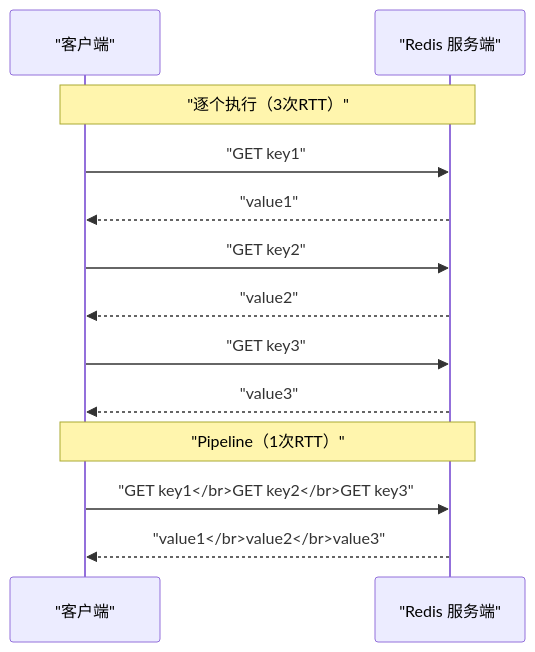
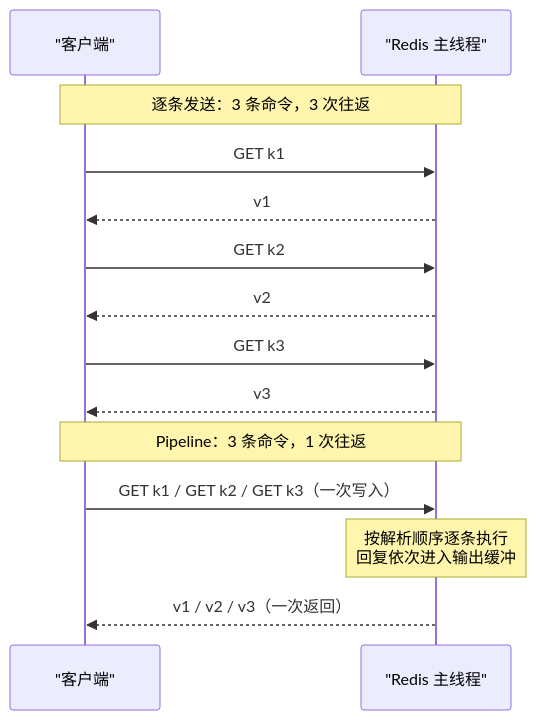
Before and after one commit to hpliStartAgain/my-brain: the second of 4 diagrams in content/中间件/Redis/Redis进阶教程/08 Redis Pipeline 与客户端性能优化.md, drawn with Mermaid. The commit also changed other lines of this file and 455 other files, not shown here.

````diff
--- a/content/中间件/Redis/Redis进阶教程/08 Redis Pipeline 与客户端性能优化.md
+++ b/content/中间件/Redis/Redis进阶教程/08 Redis Pipeline 与客户端性能优化.md
@@ -61,18 +76,19 @@
 ```mermaid
 %%{init: {'theme': 'dracula'}}%%
 sequenceDiagram
     participant C as "客户端"
-    participant R as "Redis 服务端"
+    participant R as "Redis 主线程"
 
-    Note over C,R: "逐个执行（3次RTT）"
-    C->>R: "GET key1"
-    R-->>C: "value1"
-    C->>R: "GET key2"
-    R-->>C: "value2"
-    C->>R: "GET key3"
-    R-->>C: "value3"
+    Note over C,R: 逐条发送：3 条命令，3 次往返
+    C->>R: GET k1
+    R-->>C: v1
+    C->>R: GET k2
+    R-->>C: v2
+    C->>R: GET k3
+    R-->>C: v3
 
-    Note over C,R: "Pipeline（1次RTT）"
-    C->>R: "GET key1</br>GET key2</br>GET key3"
-    R-->>C: "value1</br>value2</br>value3"
+    Note over C,R: Pipeline：3 条命令，1 次往返
+    C->>R: GET k1 / GET k2 / GET k3（一次写入）
+    Note over R: 按解析顺序逐条执行<br/>回复依次进入输出缓冲
+    R-->>C: v1 / v2 / v3（一次返回）
 ```
````
